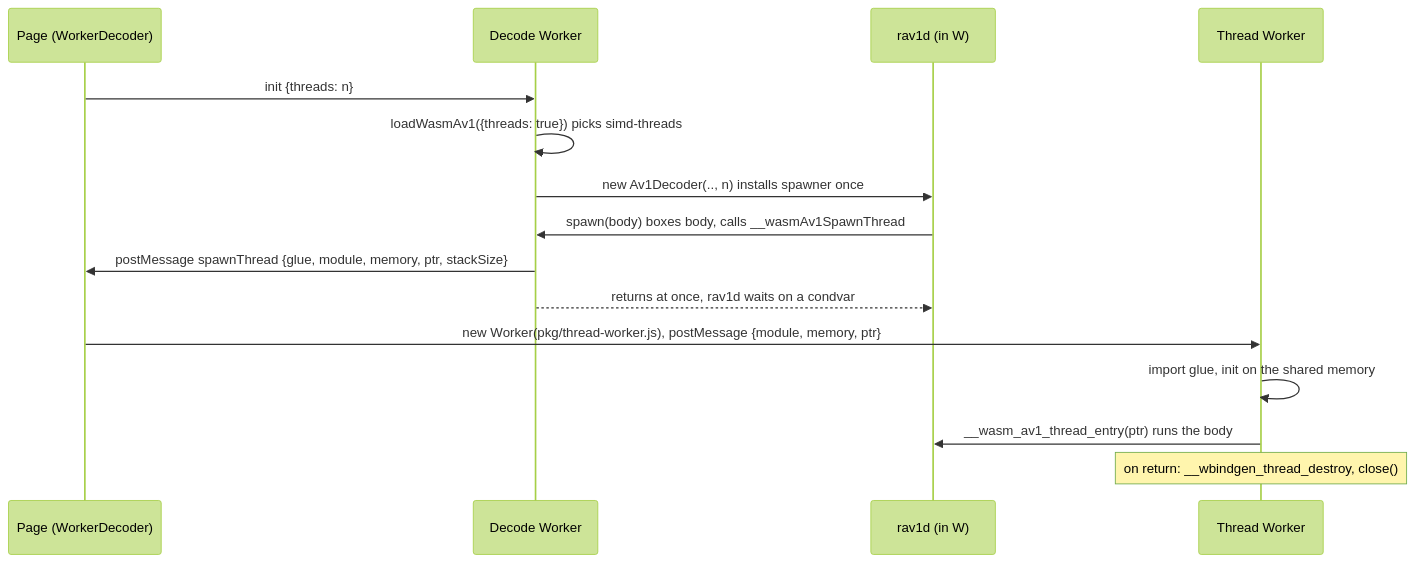
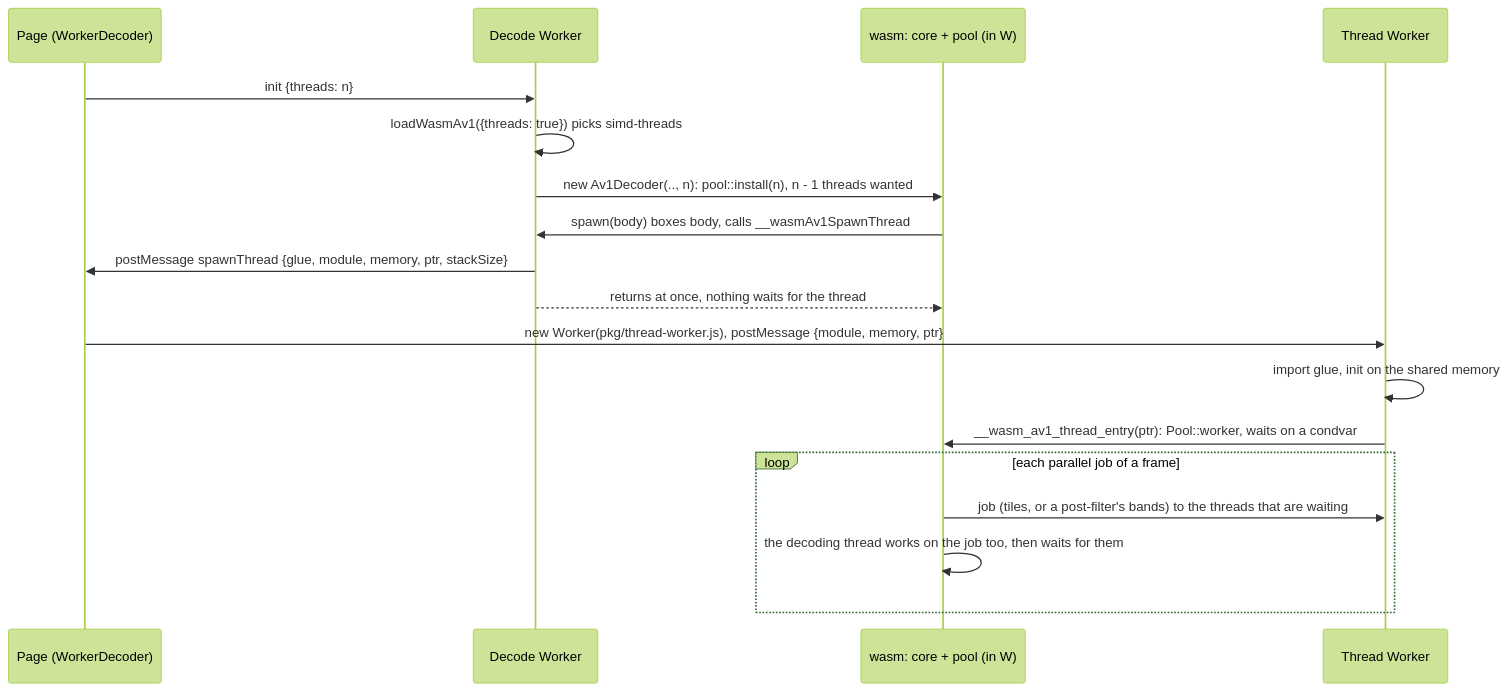
The diagram in docs/features/variants-and-threading.md (safewords/wasm-av1), drawn with Mermaid (forest theme) before and after one commit. The commit also changed other lines of this file and 16 other files, not shown here.

Commit message:
Docs for rivet-av1 as the only decoder: what it is and what it replaced, that it is slower than rav1d and scales poorly with threads (the measured tables stay as the baseline), its licence in NOTICE, every breaking change in CHANGELOG; docs/rav1d.md and the upstreamed rivet-av1 patches are deleted.

````diff
--- a/docs/features/variants-and-threading.md
+++ b/docs/features/variants-and-threading.md
@@ -40,17 +54,20 @@
 ```mermaid
 sequenceDiagram
   participant P as Page (WorkerDecoder)
   participant W as Decode Worker
-  participant R as rav1d (in W)
+  participant R as wasm: core + pool (in W)
   participant T as Thread Worker
   P->>W: init {threads: n}
   W->>W: loadWasmAv1({threads: true}) picks simd-threads
-  W->>R: new Av1Decoder(.., n) installs spawner once
+  W->>R: new Av1Decoder(.., n): pool::install(n), n - 1 threads wanted
   R->>W: spawn(body) boxes body, calls __wasmAv1SpawnThread
   W->>P: postMessage spawnThread {glue, module, memory, ptr, stackSize}
-  W-->>R: returns at once, rav1d waits on a condvar
+  W-->>R: returns at once, nothing waits for the thread
   P->>T: new Worker(pkg/thread-worker.js), postMessage {module, memory, ptr}
   T->>T: import glue, init on the shared memory
-  T->>R: __wasm_av1_thread_entry(ptr) runs the body
-  Note over T: on return: __wbindgen_thread_destroy, close()
+  T->>R: __wasm_av1_thread_entry(ptr): Pool::worker, waits on a condvar
+  loop each parallel job of a frame
+    R->>T: job (tiles, or a post-filter's bands) to the threads that are waiting
+    R->>R: the decoding thread works on the job too, then waits for them
+  end
 ```
````
